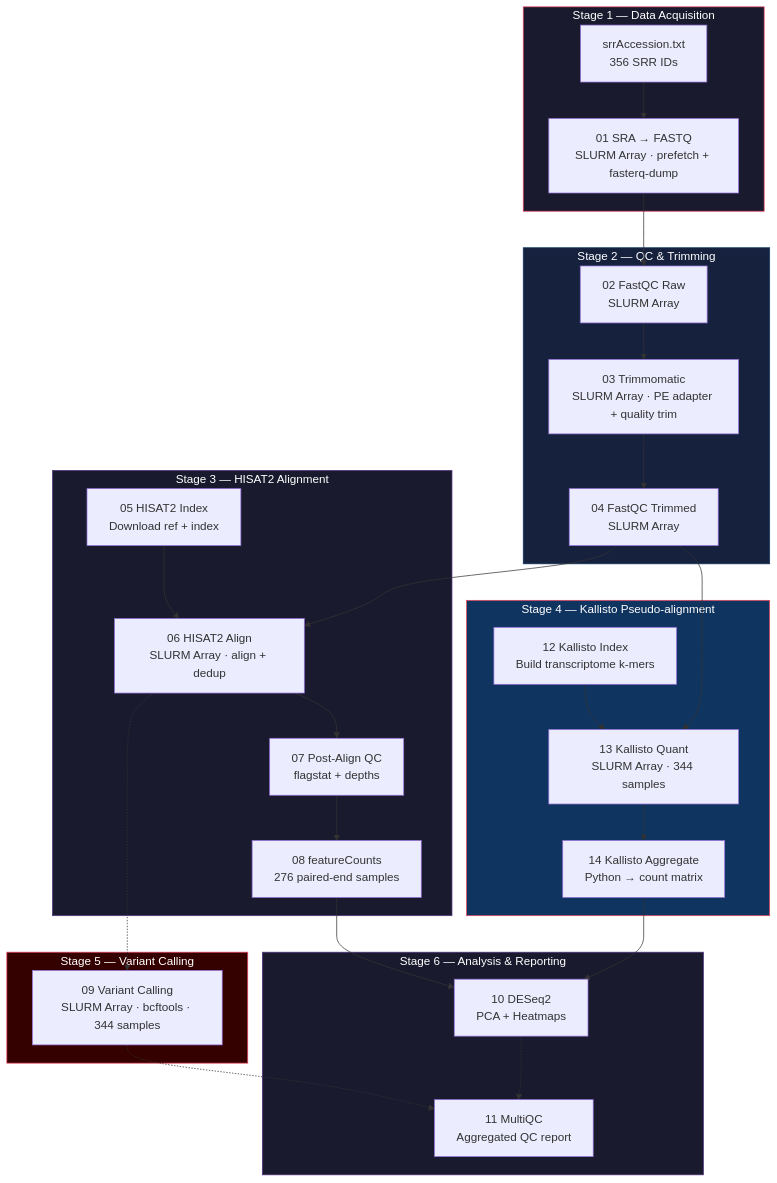
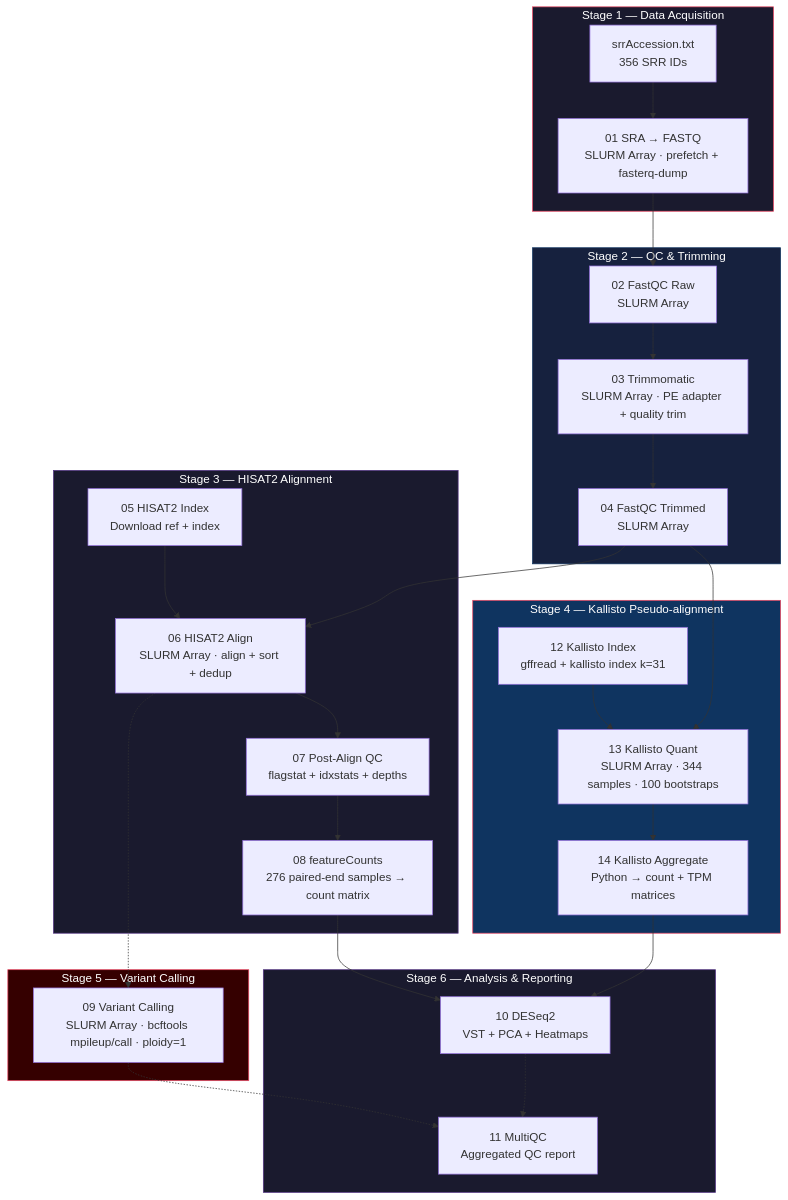
The diagram in README.md (cleancoder1016/ebola_class_project), drawn with Mermaid before and after one commit. The commit also changed other lines of this file, not shown here.

````diff
--- a/README.md
+++ b/README.md
@@ -31,43 +60,43 @@
 ```mermaid
 flowchart TD
     subgraph S1["Stage 1 — Data Acquisition"]
         A[srrAccession.txt<br/>356 SRR IDs] --> B[01 SRA → FASTQ<br/>SLURM Array · prefetch + fasterq-dump]
     end
 
     subgraph S2["Stage 2 — QC & Trimming"]
         B --> C[02 FastQC Raw<br/>SLURM Array]
         C --> D[03 Trimmomatic<br/>SLURM Array · PE adapter + quality trim]
         D --> E[04 FastQC Trimmed<br/>SLURM Array]
     end
 
     subgraph S3["Stage 3 — HISAT2 Alignment"]
         F[05 HISAT2 Index<br/>Download ref + index] --> G
-        E --> G[06 HISAT2 Align<br/>SLURM Array · align + dedup]
-        G --> H[07 Post-Align QC<br/>flagstat + depths]
-        H --> I[08 featureCounts<br/>276 paired-end samples]
+        E --> G[06 HISAT2 Align<br/>SLURM Array · align + sort + dedup]
+        G --> H[07 Post-Align QC<br/>flagstat + idxstats + depths]
+        H --> I[08 featureCounts<br/>276 paired-end samples → count matrix]
     end
 
     subgraph S6["Stage 4 — Kallisto Pseudo-alignment"]
-        K1[12 Kallisto Index<br/>Build transcriptome k-mers] --> K2
-        E --> K2[13 Kallisto Quant<br/>SLURM Array · 344 samples]
-        K2 --> K3[14 Kallisto Aggregate<br/>Python → count matrix]
+        K1[12 Kallisto Index<br/>gffread + kallisto index k=31] --> K2
+        E --> K2[13 Kallisto Quant<br/>SLURM Array · 344 samples · 100 bootstraps]
+        K2 --> K3[14 Kallisto Aggregate<br/>Python → count + TPM matrices]
     end
 
     subgraph S4["Stage 5 — Variant Calling"]
-        G -.-> J[09 Variant Calling<br/>SLURM Array · bcftools · 344 samples]
+        G -.-> J[09 Variant Calling<br/>SLURM Array · bcftools mpileup/call · ploidy=1]
     end
 
     subgraph S5["Stage 6 — Analysis & Reporting"]
-        I --> K[10 DESeq2<br/>PCA + Heatmaps]
+        I --> K[10 DESeq2<br/>VST + PCA + Heatmaps]
         K3 --> K
         J -.-> L[11 MultiQC<br/>Aggregated QC report]
         K -.-> L
     end
 
     style S1 fill:#1a1a2e,stroke:#e94560,color:#fff
     style S2 fill:#16213e,stroke:#0f3460,color:#fff
     style S3 fill:#1a1a2e,stroke:#533483,color:#fff
     style S4 fill:#350000,stroke:#e94560,color:#fff
     style S6 fill:#0f3460,stroke:#e94560,color:#fff
     style S5 fill:#1a1a2e,stroke:#533483,color:#fff
 ```
````
